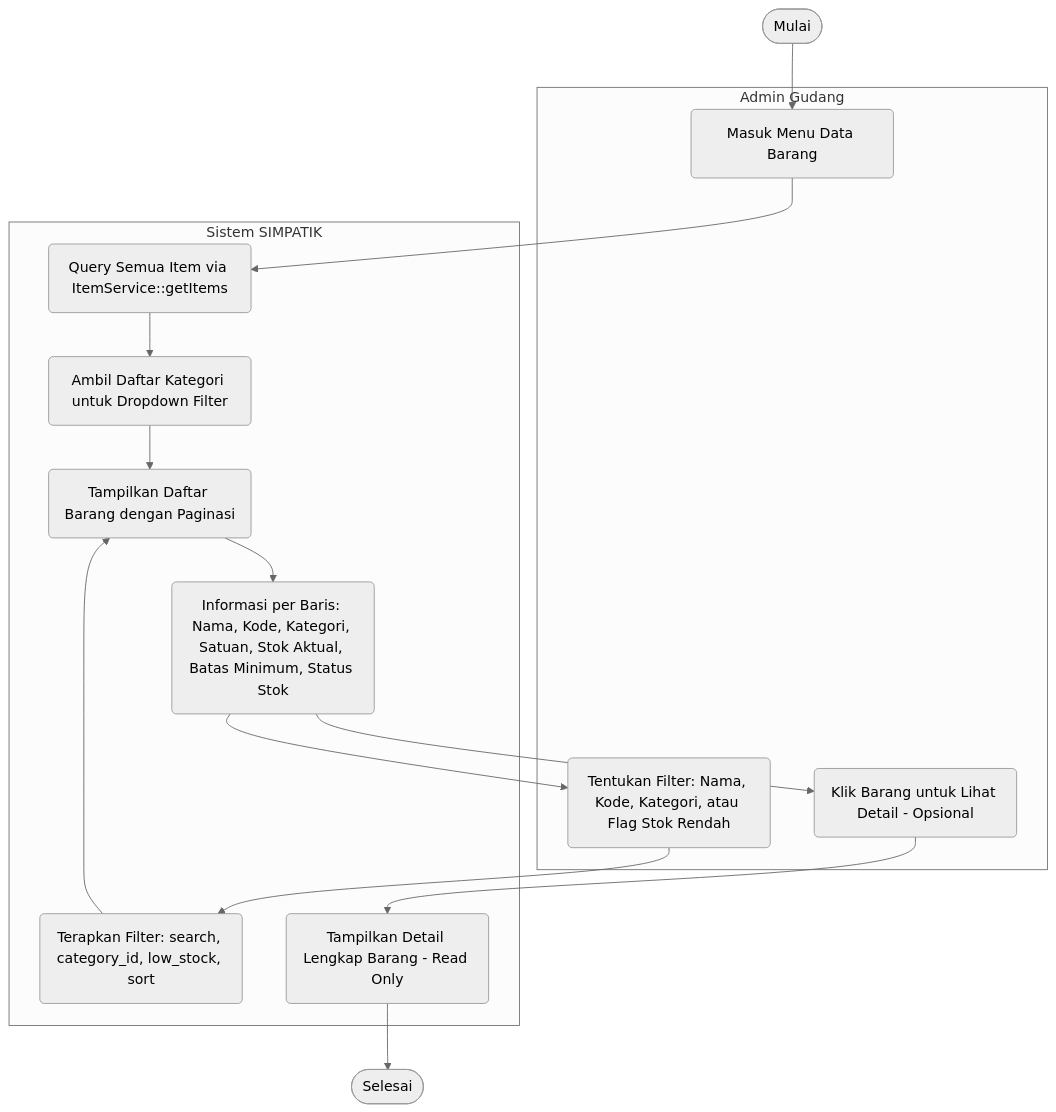
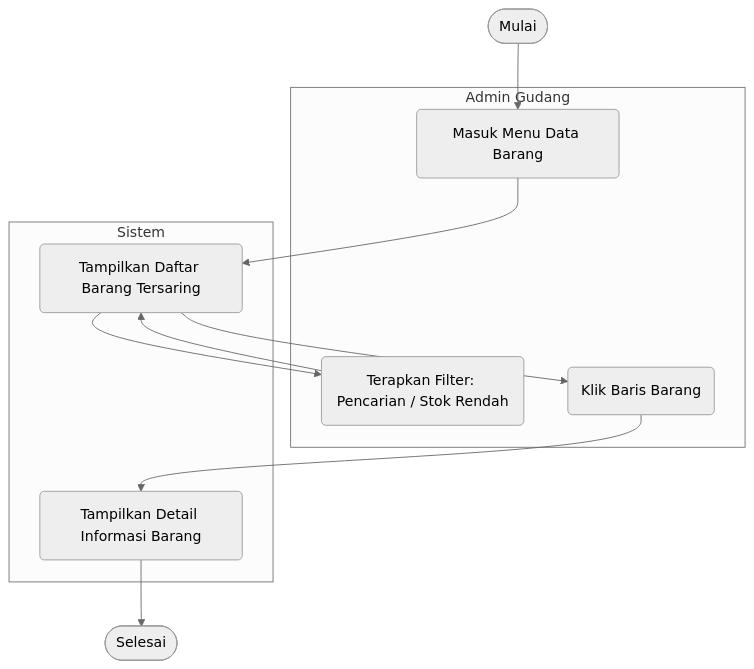
One commit to wahyu2021/SIMPATIK changed diagram 14 of 14 in laporan_activity_diagram.md. Above: the diagram before and after it, drawn with Mermaid (neutral theme). The commit also changed other lines of this file and 34 other files, not shown here.

````diff
--- a/laporan_activity_diagram.md
+++ b/laporan_activity_diagram.md
@@ -851,33 +550,24 @@
 ```mermaid
 flowchart TD
     Start([Mulai])
     End([Selesai])
 
     subgraph AdminGudang [Admin Gudang]
         A(Masuk Menu Data Barang)
-        B(Tentukan Filter: Nama, Kode, Kategori, atau Flag Stok Rendah)
-        C(Klik Barang untuk Lihat Detail - Opsional)
+        B(Terapkan Filter: Pencarian / Stok Rendah)
+        C(Klik Baris Barang)
     end
 
-    subgraph Sistem [Sistem SIMPATIK]
-        D(Query Semua Item via ItemService::getItems)
-        E(Terapkan Filter: search, category_id, low_stock, sort)
-        F(Ambil Daftar Kategori untuk Dropdown Filter)
-        G(Tampilkan Daftar Barang dengan Paginasi)
-        H(Informasi per Baris: Nama, Kode, Kategori, Satuan, Stok Aktual, Batas Minimum, Status Stok)
-        I(Tampilkan Detail Lengkap Barang - Read Only)
+    subgraph Sistem
+        D(Tampilkan Daftar Barang Tersaring)
+        E(Tampilkan Detail Informasi Barang)
     end
 
     Start --> A
     A --> D
-    D --> F
-    F --> G
-    G --> H
-    H --> B
-    B --> E
-    E --> G
-
-    H --> C
-    C --> I
-    I --> End
+    D --> B
+    B --> D
+    D --> C
+    C --> E
+    E --> End
 ```
````
